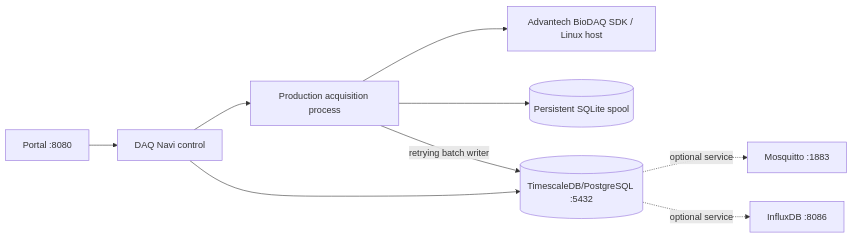
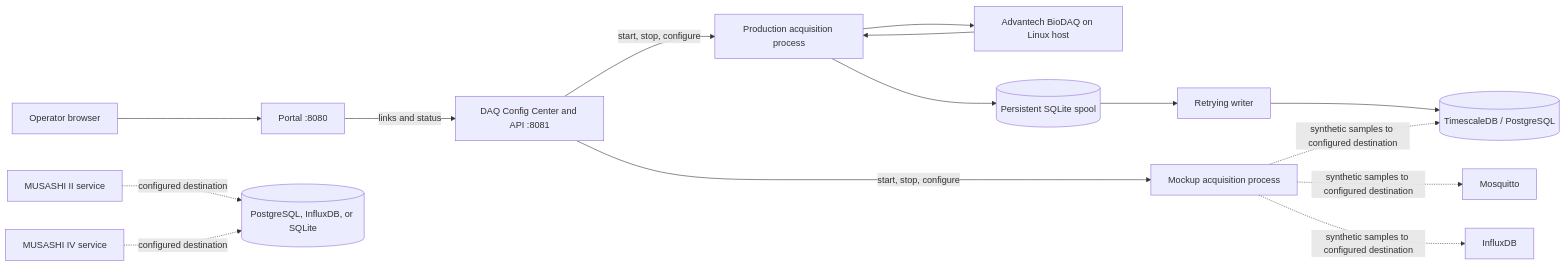
Before and after one commit to Faiisu/IIoT-data-ingest: the diagram in README.md, drawn with Mermaid. The commit also changed other lines of this file and 15 other files, not shown here.

````diff
--- a/README.md
+++ b/README.md
@@ -33,11 +66,17 @@
 ```mermaid
-graph LR
-    Portal[Portal :8080] --> DAQUI[DAQ Navi web/API :8081]
-    DAQUI[DAQ Navi control] --> Pipeline[Production acquisition process]
-    Pipeline --> Hardware[Advantech BioDAQ SDK / Linux host]
-    Pipeline --> Spool[(Persistent SQLite spool)]
-    Pipeline -->|retrying batch writer| DB[(TimescaleDB/PostgreSQL :5432)]
-    DAQUI --> DB
-    DB -. optional service .-> MQTT[Mosquitto :1883]
-    DB -. optional service .-> Influx[InfluxDB :8086]
+flowchart LR
+    Browser[Operator browser] --> Portal[Portal :8080]
+    Portal -->|links and status| Web[DAQ Config Center and API :8081]
+    Web -->|start, stop, configure| Production[Production acquisition process]
+    Web -->|start, stop, configure| Mockup[Mockup acquisition process]
+    Production --> SDK[Advantech BioDAQ on Linux host]
+    SDK --> Production
+    Production --> Spool[(Persistent SQLite spool)]
+    Spool --> Writer[Retrying writer]
+    Writer --> PG[(TimescaleDB / PostgreSQL)]
+    Mockup -. synthetic samples to configured destination .-> PG
+    Mockup -. synthetic samples to configured destination .-> MQTT[Mosquitto]
+    Mockup -. synthetic samples to configured destination .-> Influx[InfluxDB]
+    MusashiII[MUSASHI II service] -. configured destination .-> Storage[(PostgreSQL, InfluxDB, or SQLite)]
+    MusashiIV[MUSASHI IV service] -. configured destination .-> Storage
 ```
````
